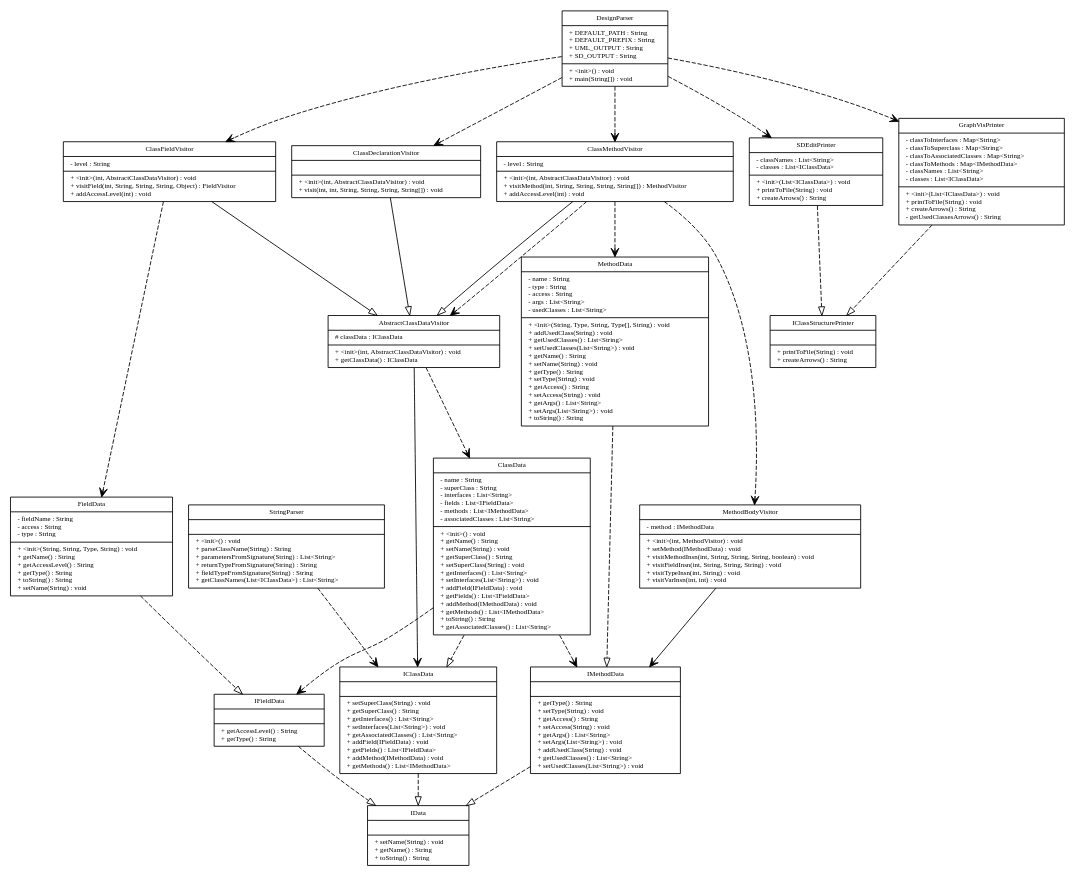
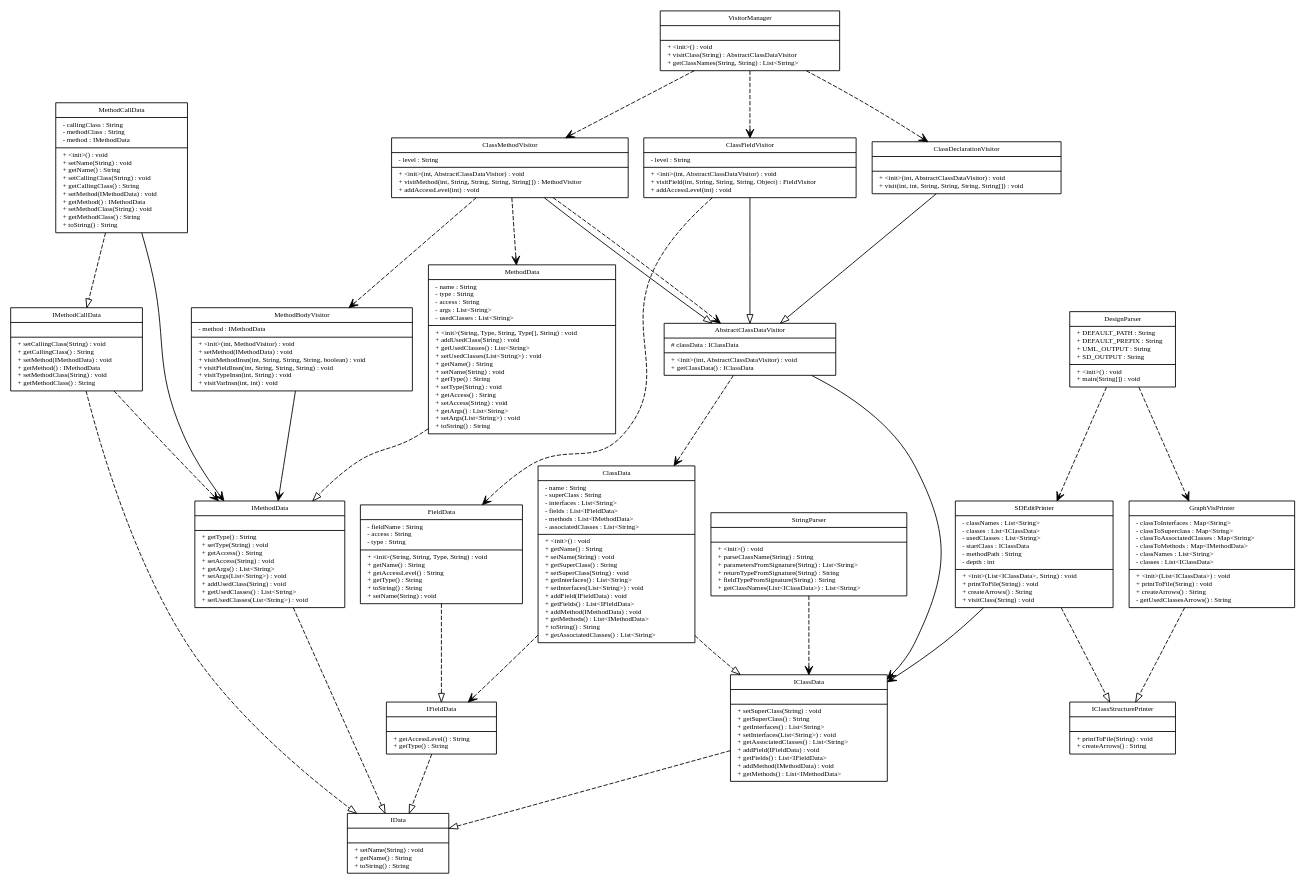
One commit to LoganErexson/CSSE374TeamProject changed the diagram in input_output/Diagram.gv. Above: the diagram before and after it, drawn with Graphviz. The commit also changed 2 other files, not shown here.

Commit message:
DesignParser now uses VisitorManager methods

```diff
--- a/input_output/Diagram.gv
+++ b/input_output/Diagram.gv
@@ -1,105 +1,118 @@
 digraph G {
 fontname = " Bitstream Vera San"
 fontsize =8
 node [
 fontname = "Bitstream Vera Sans"
 fontsize =8
 shape = "record"]
 edge [
 fontname = "Bitstream Vera Sans"
 fontsize =8
 ]
 AbstractClassDataVisitor [
 label = "{AbstractClassDataVisitor|# classData : IClassData\l|+ \<init\>(int, AbstractClassDataVisitor) : void\l+ getClassData() : IClassData\l}"
 ]
 ClassData [
 label = "{ClassData|- name : String\l- superClass : String\l- interfaces : List\<String\>\l- fields : List\<IFieldData\>\l- methods : List\<IMethodData\>\l- associatedClasses : List\<String\>\l|+ \<init\>() : void\l+ getName() : String\l+ setName(String) : void\l+ getSuperClass() : String\l+ setSuperClass(String) : void\l+ getInterfaces() : List\<String\>\l+ setInterfaces(List\<String\>) : void\l+ addField(IFieldData) : void\l+ getFields() : List\<IFieldData\>\l+ addMethod(IMethodData) : void\l+ getMethods() : List\<IMethodData\>\l+ toString() : String\l+ getAssociatedClasses() : List\<String\>\l}"
 ]
 ClassDeclarationVisitor [
 label = "{ClassDeclarationVisitor||+ \<init\>(int, AbstractClassDataVisitor) : void\l+ visit(int, int, String, String, String, String[]) : void\l}"
 ]
 ClassFieldVisitor [
 label = "{ClassFieldVisitor|- level : String\l|+ \<init\>(int, AbstractClassDataVisitor) : void\l+ visitField(int, String, String, String, Object) : FieldVisitor\l+ addAccessLevel(int) : void\l}"
 ]
 ClassMethodVisitor [
 label = "{ClassMethodVisitor|- level : String\l|+ \<init\>(int, AbstractClassDataVisitor) : void\l+ visitMethod(int, String, String, String, String[]) : MethodVisitor\l+ addAccessLevel(int) : void\l}"
 ]
 DesignParser [
 label = "{DesignParser|+ DEFAULT_PATH : String\l+ DEFAULT_PREFIX : String\l+ UML_OUTPUT : String\l+ SD_OUTPUT : String\l|+ \<init\>() : void\l+ main(String[]) : void\l}"
 ]
 FieldData [
 label = "{FieldData|- fieldName : String\l- access : String\l- type : String\l|+ \<init\>(String, String, Type, String) : void\l+ getName() : String\l+ getAccessLevel() : String\l+ getType() : String\l+ toString() : String\l+ setName(String) : void\l}"
 ]
 GraphVisPrinter [
 label = "{GraphVisPrinter|- classToInterfaces : Map\<String\>\l- classToSuperclass : Map\<String\>\l- classToAssociatedClasses : Map\<String\>\l- classToMethods : Map\<IMethodData\>\l- classNames : List\<String\>\l- classes : List\<IClassData\>\l|+ \<init\>(List\<IClassData\>) : void\l+ printToFile(String) : void\l+ createArrows() : String\l- getUsedClassesArrows() : String\l}"
 ]
 IClassData [
 label = "{IClassData||+ setSuperClass(String) : void\l+ getSuperClass() : String\l+ getInterfaces() : List\<String\>\l+ setInterfaces(List\<String\>) : void\l+ getAssociatedClasses() : List\<String\>\l+ addField(IFieldData) : void\l+ getFields() : List\<IFieldData\>\l+ addMethod(IMethodData) : void\l+ getMethods() : List\<IMethodData\>\l}"
 ]
 IClassStructurePrinter [
 label = "{IClassStructurePrinter||+ printToFile(String) : void\l+ createArrows() : String\l}"
 ]
 IData [
 label = "{IData||+ setName(String) : void\l+ getName() : String\l+ toString() : String\l}"
 ]
 IFieldData [
 label = "{IFieldData||+ getAccessLevel() : String\l+ getType() : String\l}"
 ]
+IMethodCallData [
+label = "{IMethodCallData||+ setCallingClass(String) : void\l+ getCallingClass() : String\l+ setMethod(IMethodData) : void\l+ getMethod() : IMethodData\l+ setMethodClass(String) : void\l+ getMethodClass() : String\l}"
+]
 IMethodData [
 label = "{IMethodData||+ getType() : String\l+ setType(String) : void\l+ getAccess() : String\l+ setAccess(String) : void\l+ getArgs() : List\<String\>\l+ setArgs(List\<String\>) : void\l+ addUsedClass(String) : void\l+ getUsedClasses() : List\<String\>\l+ setUsedClasses(List\<String\>) : void\l}"
 ]
 MethodBodyVisitor [
 label = "{MethodBodyVisitor|- method : IMethodData\l|+ \<init\>(int, MethodVisitor) : void\l+ setMethod(IMethodData) : void\l+ visitMethodInsn(int, String, String, String, boolean) : void\l+ visitFieldInsn(int, String, String, String) : void\l+ visitTypeInsn(int, String) : void\l+ visitVarInsn(int, int) : void\l}"
 ]
+MethodCallData [
+label = "{MethodCallData|- callingClass : String\l- methodClass : String\l- method : IMethodData\l|+ \<init\>() : void\l+ setName(String) : void\l+ getName() : String\l+ setCallingClass(String) : void\l+ getCallingClass() : String\l+ setMethod(IMethodData) : void\l+ getMethod() : IMethodData\l+ setMethodClass(String) : void\l+ getMethodClass() : String\l+ toString() : String\l}"
+]
 MethodData [
 label = "{MethodData|- name : String\l- type : String\l- access : String\l- args : List\<String\>\l- usedClasses : List\<String\>\l|+ \<init\>(String, Type, String, Type[], String) : void\l+ addUsedClass(String) : void\l+ getUsedClasses() : List\<String\>\l+ setUsedClasses(List\<String\>) : void\l+ getName() : String\l+ setName(String) : void\l+ getType() : String\l+ setType(String) : void\l+ getAccess() : String\l+ setAccess(String) : void\l+ getArgs() : List\<String\>\l+ setArgs(List\<String\>) : void\l+ toString() : String\l}"
 ]
 SDEditPrinter [
-label = "{SDEditPrinter|- classNames : List\<String\>\l- classes : List\<IClassData\>\l|+ \<init\>(List\<IClassData\>) : void\l+ printToFile(String) : void\l+ createArrows() : String\l}"
+label = "{SDEditPrinter|- classNames : List\<String\>\l- classes : List\<IClassData\>\l- usedClasses : List\<String\>\l- startClass : IClassData\l- methodPath : String\l- depth : int\l|+ \<init\>(List\<IClassData\>, String) : void\l+ printToFile(String) : void\l+ createArrows() : String\l+ visitClass(String) : void\l}"
 ]
 StringParser [
 label = "{StringParser||+ \<init\>() : void\l+ parseClassName(String) : String\l+ parametersFromSignature(String) : List\<String\>\l+ returnTypeFromSignature(String) : String\l+ fieldTypeFromSignature(String) : String\l+ getClassNames(List\<IClassData\>) : List\<String\>\l}"
+]
+VisitorManager [
+label = "{VisitorManager||+ \<init\>() : void\l+ visitClass(String) : AbstractClassDataVisitor\l+ getClassNames(String, String) : List\<String\>\l}"
 ]
 edge [ 
 arrowhead = "empty"
 style = "solid"
 ]
 ClassMethodVisitor -> AbstractClassDataVisitor
 ClassDeclarationVisitor -> AbstractClassDataVisitor
 ClassFieldVisitor -> AbstractClassDataVisitor
 edge [ 
 arrowhead = "empty"
 style = "dashed"
 ]
+MethodCallData -> IMethodCallData
+IMethodCallData -> IData
 FieldData -> IFieldData
 SDEditPrinter -> IClassStructurePrinter
 ClassData -> IClassData
 GraphVisPrinter -> IClassStructurePrinter
 MethodData -> IMethodData
 IMethodData -> IData
 IClassData -> IData
 IFieldData -> IData
 edge [ 
 arrowhead = "vee"
 style = "solid"
 ]
+MethodCallData -> IMethodData
 AbstractClassDataVisitor -> IClassData
 MethodBodyVisitor -> IMethodData
+SDEditPrinter -> IClassData
 edge [ 
 arrowhead = "vee"
 style = "dashed"
 ]
 StringParser -> IClassData
 AbstractClassDataVisitor -> ClassData
 ClassMethodVisitor -> AbstractClassDataVisitor
 ClassMethodVisitor -> MethodBodyVisitor
 ClassMethodVisitor -> MethodData
-DesignParser -> ClassDeclarationVisitor
-DesignParser -> ClassFieldVisitor
-DesignParser -> ClassMethodVisitor
+VisitorManager -> ClassDeclarationVisitor
+VisitorManager -> ClassFieldVisitor
+VisitorManager -> ClassMethodVisitor
 DesignParser -> GraphVisPrinter
 DesignParser -> SDEditPrinter
+IMethodCallData -> IMethodData
 ClassData -> IFieldData
-ClassData -> IMethodData
 ClassFieldVisitor -> FieldData
 }
```
